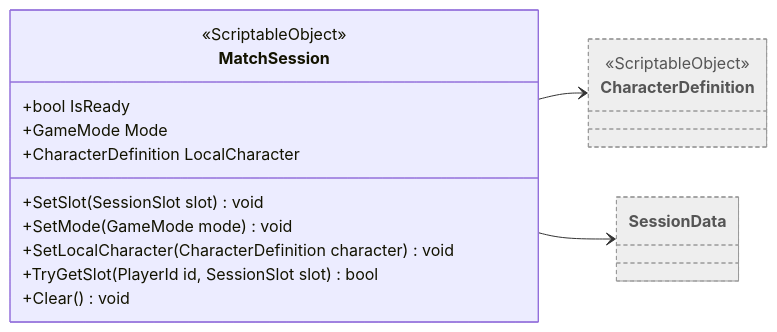
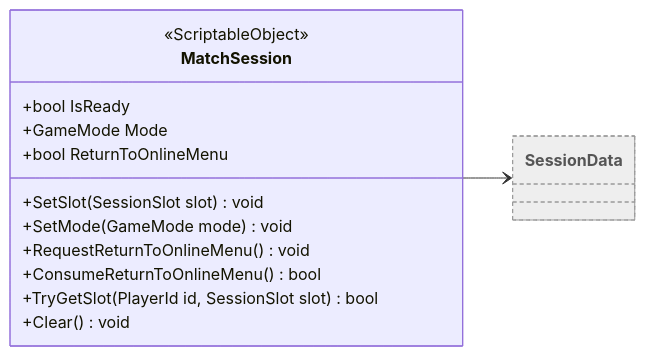
The diagram in Docs/Arquitectura/Clases/Data/MatchSession.md (Chacashi/Alien-Farms), drawn with Mermaid before and after one commit. The commit also changed other lines of this file and 257 other files, not shown here.

````diff
--- a/Docs/Arquitectura/Clases/Data/MatchSession.md
+++ b/Docs/Arquitectura/Clases/Data/MatchSession.md
@@ -18,21 +18,19 @@
 ```mermaid
 classDiagram
   direction LR
   class MatchSession {
     <<ScriptableObject>>
     +bool IsReady
     +GameMode Mode
-    +CharacterDefinition LocalCharacter
+    +bool ReturnToOnlineMenu
     +SetSlot(SessionSlot slot) void
     +SetMode(GameMode mode) void
-    +SetLocalCharacter(CharacterDefinition character) void
+    +RequestReturnToOnlineMenu() void
+    +ConsumeReturnToOnlineMenu() bool
     +TryGetSlot(PlayerId id, SessionSlot slot) bool
     +Clear() void
   }
-  class CharacterDefinition:::external
-  <<ScriptableObject>> CharacterDefinition
   class SessionData:::external
-  MatchSession --> CharacterDefinition
   MatchSession --> SessionData
   classDef external fill:#eee,stroke:#999,stroke-dasharray: 4 3,color:#555
 ```
````
